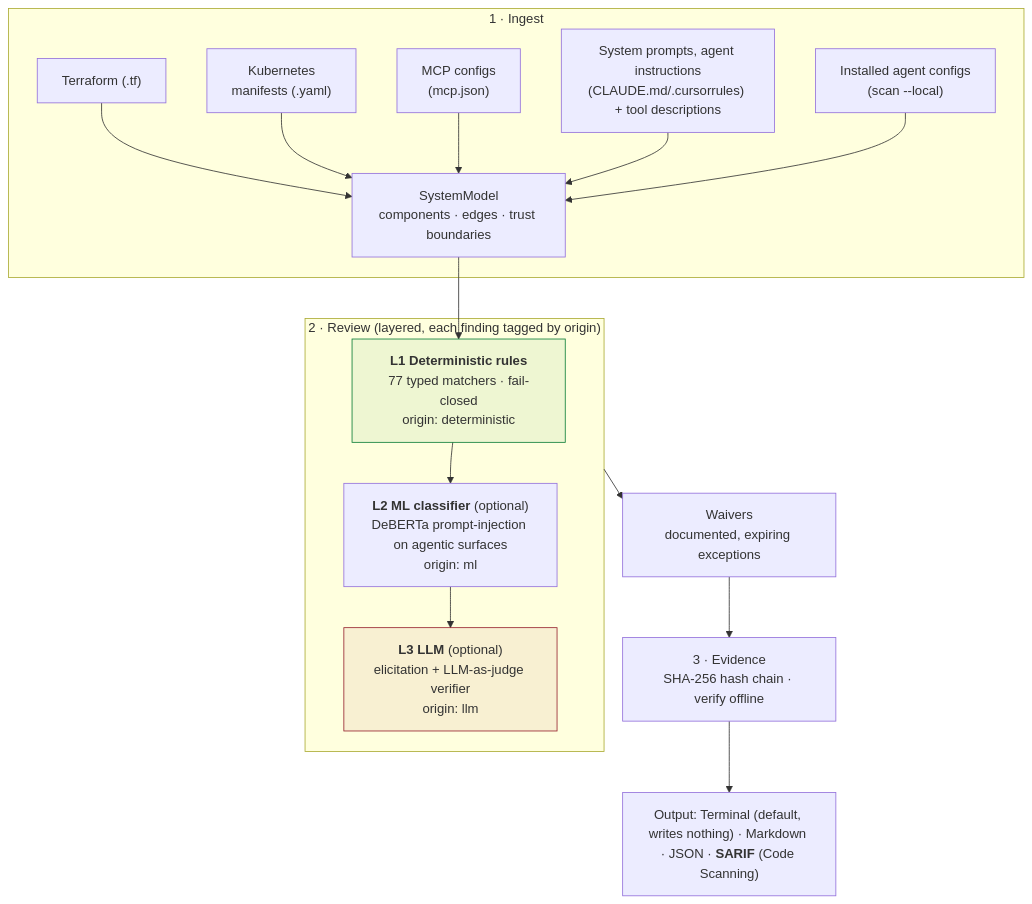
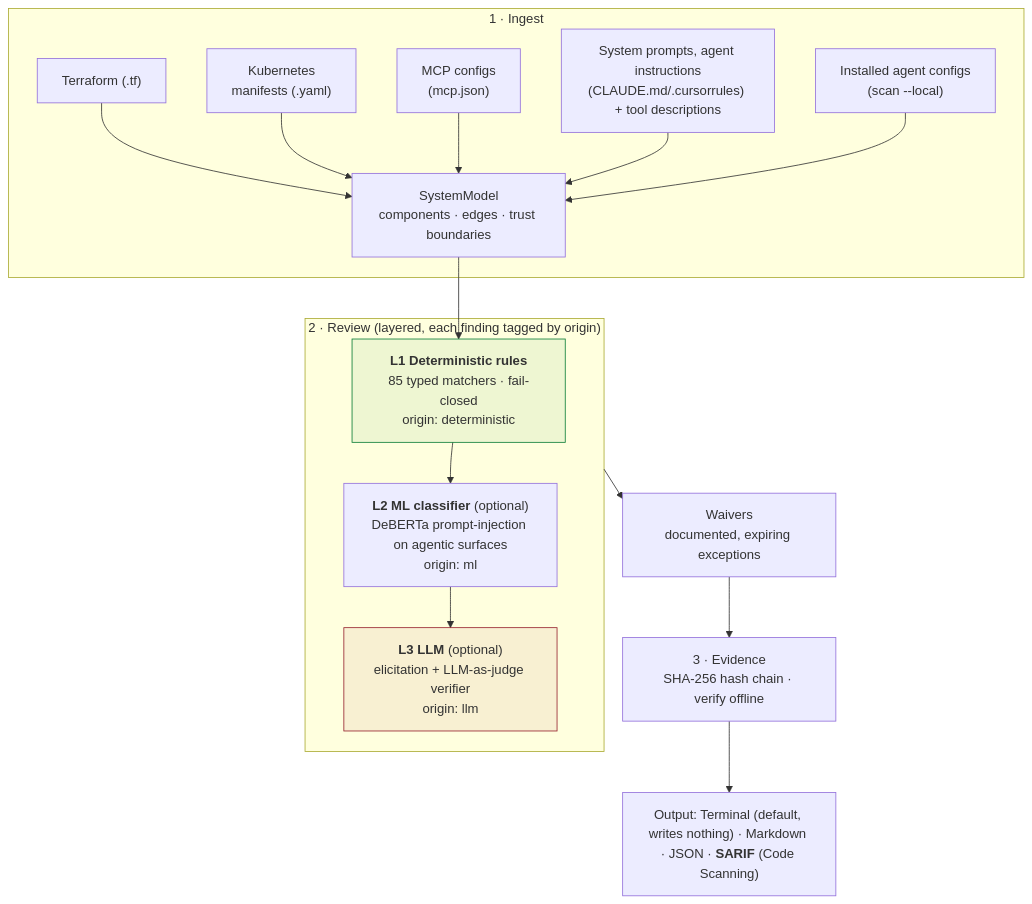
The first of 4 diagrams in README.md (attestral-labs/attestral), drawn with Mermaid before and after one commit. The commit also changed other lines of this file and 4 other files, not shown here.

````diff
--- a/README.md
+++ b/README.md
@@ -88,23 +88,23 @@
 ```mermaid
 flowchart TB
     subgraph ING["1 · Ingest"]
         TF["Terraform (.tf)"] --> M
         K8S["Kubernetes<br/>manifests (.yaml)"] --> M
         MCP["MCP configs<br/>(mcp.json)"] --> M
         SP["System prompts, agent instructions<br/>(CLAUDE.md/.cursorrules) + tool descriptions"] --> M
         LC["Installed agent configs<br/>(scan --local)"] --> M
         M["SystemModel<br/>components · edges · trust boundaries"]
     end
     M --> L1
     subgraph REV["2 · Review (layered, each finding tagged by origin)"]
-        L1["<b>L1 Deterministic rules</b><br/>77 typed matchers · fail-closed<br/>origin: deterministic"]
+        L1["<b>L1 Deterministic rules</b><br/>85 typed matchers · fail-closed<br/>origin: deterministic"]
         L2["<b>L2 ML classifier</b> (optional)<br/>DeBERTa prompt-injection on agentic surfaces<br/>origin: ml"]
         L3["<b>L3 LLM</b> (optional)<br/>elicitation + LLM-as-judge verifier<br/>origin: llm"]
         L1 --> L2 --> L3
     end
     REV --> W["Waivers<br/>documented, expiring exceptions"]
     W --> EV["3 · Evidence<br/>SHA-256 hash chain · verify offline"]
     EV --> OUT["Output: Terminal (default, writes nothing) · Markdown · JSON · <b>SARIF</b> (Code Scanning)"]
     style L1 fill:#0a7d3611,stroke:#0a7d36
     style L3 fill:#96222E11,stroke:#96222E
 ```
````
